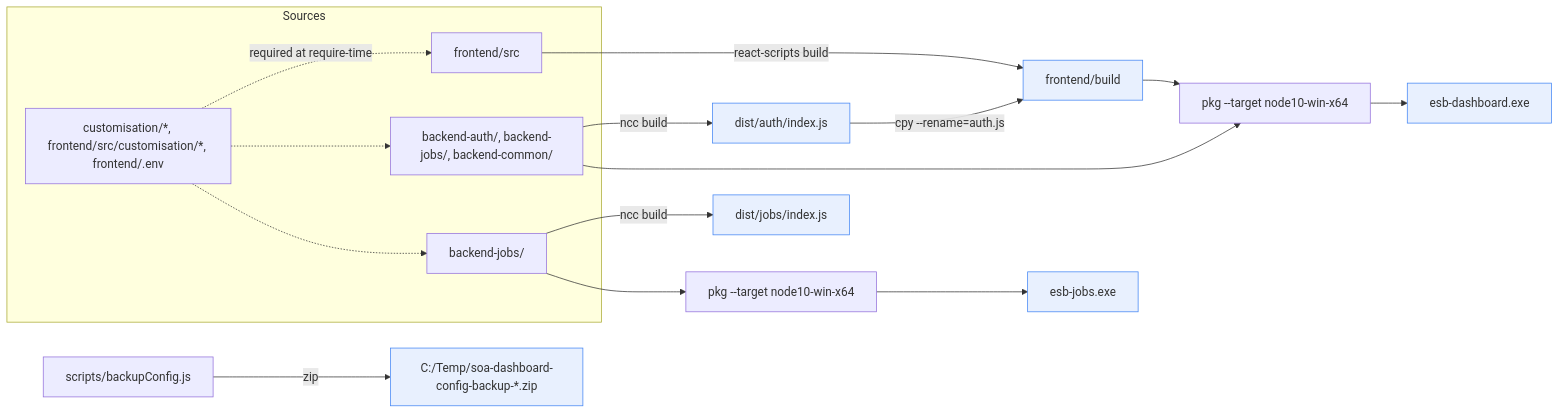
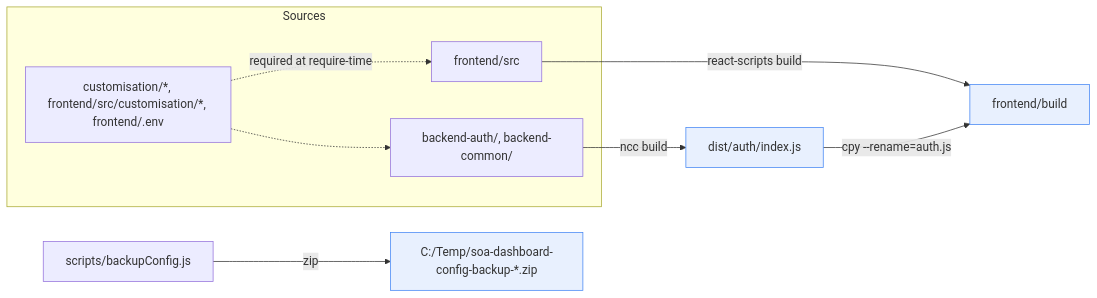
One commit to h9h/soa-dashboard changed the tenth of 11 diagrams in ARCHITECTURE.md. Above: the diagram before and after it, drawn with Mermaid. The commit also changed other lines of this file and 3 other files, not shown here.

````diff
--- a/ARCHITECTURE.md
+++ b/ARCHITECTURE.md
@@ -489,28 +461,20 @@
 ```mermaid
 flowchart LR
     subgraph src[Sources]
         FE[frontend/src]
-        BE["backend-auth/, backend-jobs/, backend-common/"]
-        BJ["backend-jobs/"]
+        BE["backend-auth/, backend-common/"]
         CU["customisation/*, frontend/src/customisation/*, frontend/.env"]
     end
 
     CU -.->|required at require-time| FE
     CU -.-> BE
-    CU -.-> BJ
 
     FE -->|react-scripts build| BUILD[frontend/build]
     BE -->|ncc build| DA[dist/auth/index.js]
-    BJ -->|ncc build| DJ[dist/jobs/index.js]
-    BUILD --> PKGD
-    BE --> PKGD["pkg --target node10-win-x64"]
-    BJ --> PKGJ["pkg --target node10-win-x64"]
-    PKGD --> EXE1[esb-dashboard.exe]
-    PKGJ --> EXE2[esb-jobs.exe]
     DA -->|"cpy --rename=auth.js"| BUILD
 
     BACKUP[scripts/backupConfig.js] -->|zip| ZIP["C:/Temp/soa-dashboard-config-backup-*.zip"]
 
     classDef art fill:#e8f0fe,stroke:#4285f4
-    class BUILD,DA,DJ,EXE1,EXE2,ZIP art
+    class BUILD,DA,ZIP art
 ```
````
